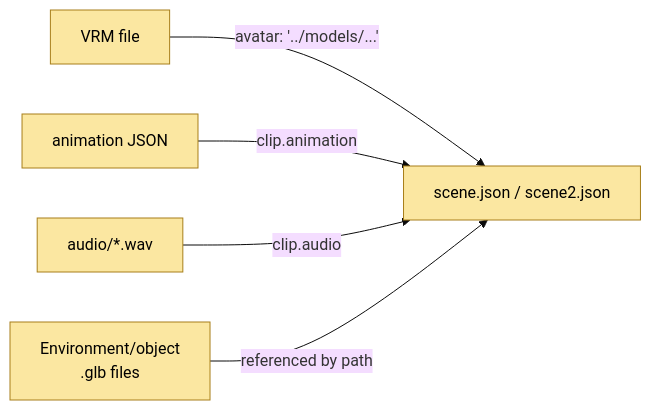
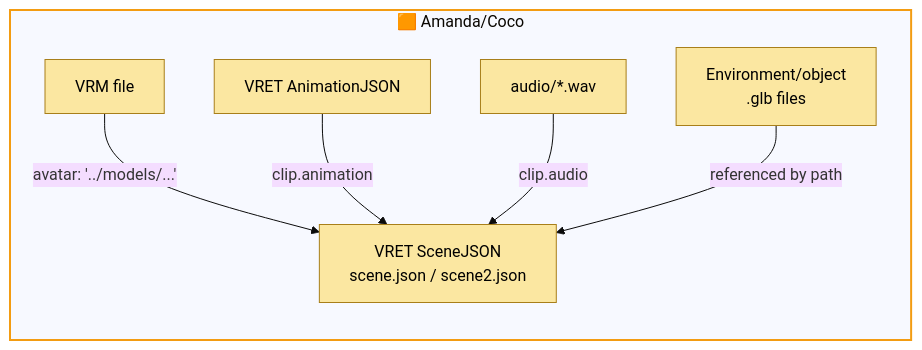
One commit to SBU-VRET/VRET-Project changed the sixth of 8 diagrams in docs/TECH_PIPELINE.md. Above: the diagram before and after it, drawn with Mermaid (base theme). The commit also changed other lines of this file and 2 other files, not shown here.

Commit message:
Add ownership coloring to tech pipeline diagrams, ignore temp/, add Audio2Face vs LAM Audio2Expression doc

````diff
--- a/docs/TECH_PIPELINE.md
+++ b/docs/TECH_PIPELINE.md
@@ -113,10 +180,13 @@
 ```mermaid
 flowchart LR
-    VRM["VRM file"] -->|"avatar: '../models/...'"| SceneJSON["scene.json / scene2.json"]
-    RuntimeJSON["animation JSON"] -->|"clip.animation"| SceneJSON
+    subgraph S5["🟧 Amanda/Coco"]
+    VRM["VRM file"] -->|"avatar: '../models/...'"| SceneJSON["VRET SceneJSON<br/>scene.json / scene2.json"]
+    RuntimeJSON["VRET AnimationJSON"] -->|"clip.animation"| SceneJSON
     WAV["audio/*.wav"] -->|"clip.audio"| SceneJSON
     GLB["Environment/object<br/>.glb files"] -->|"referenced by path"| SceneJSON
+    end
 
+    style S5 stroke:#F39C12,stroke-width:2px
     classDef artifact fill:#fbe7a1,stroke:#a87f1a,stroke-width:1px,color:#000;
     class VRM,SceneJSON,RuntimeJSON,WAV,GLB artifact
 ```
````
